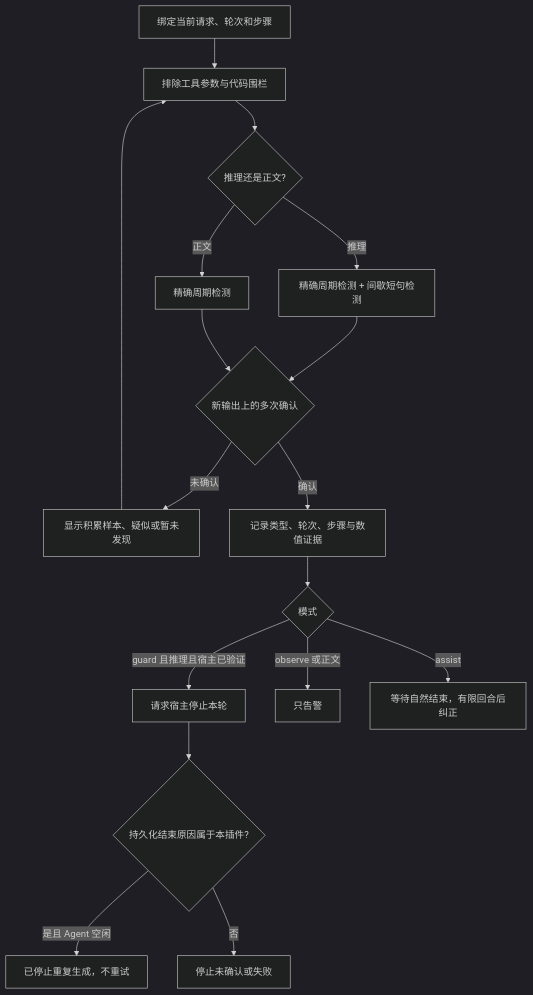
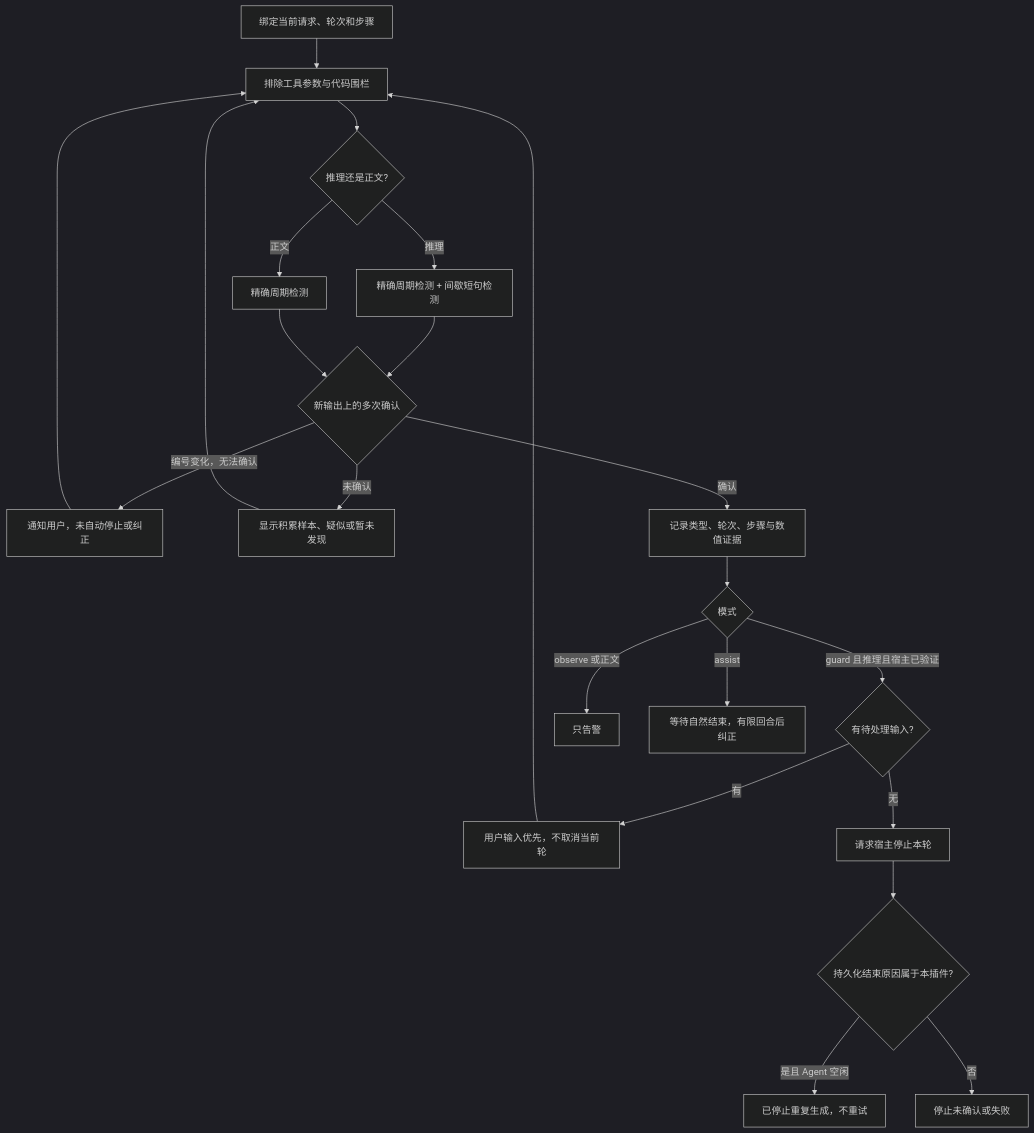
One commit to MyRemme/dsh-flash-stabilizer changed the first of 2 diagrams in README.md. Above: the diagram before and after it, drawn with Mermaid (dark theme). The commit also changed other lines of this file and 17 other files, not shown here.

````diff
--- a/README.md
+++ b/README.md
@@ -11,19 +19,24 @@
 ```mermaid
 flowchart TD
     A[绑定当前请求、轮次和步骤] --> B[排除工具参数与代码围栏]
     B --> C{推理还是正文?}
     C -->|推理| D[精确周期检测 + 间歇短句检测]
     C -->|正文| E[精确周期检测]
     D --> F{新输出上的多次确认}
     E --> F
+    F -->|编号变化，无法确认| G0[通知用户，未自动停止或纠正]
+    G0 --> B
     F -->|未确认| G[显示积累样本、疑似或暂未发现]
     G --> B
     F -->|确认| H[记录类型、轮次、步骤与数值证据]
     H --> I{模式}
-    I -->|guard 且推理且宿主已验证| J[请求宿主停止本轮]
+    I -->|guard 且推理且宿主已验证| I0{有待处理输入?}
+    I0 -->|有| I1[用户输入优先，不取消当前轮]
+    I1 --> B
+    I0 -->|无| J[请求宿主停止本轮]
     J --> K{持久化结束原因属于本插件?}
     K -->|是且 Agent 空闲| L[已停止重复生成，不重试]
     K -->|否| M[停止未确认或失败]
     I -->|observe 或正文| N[只告警]
     I -->|assist| O[等待自然结束，有限回合后纠正]
 ```
````
